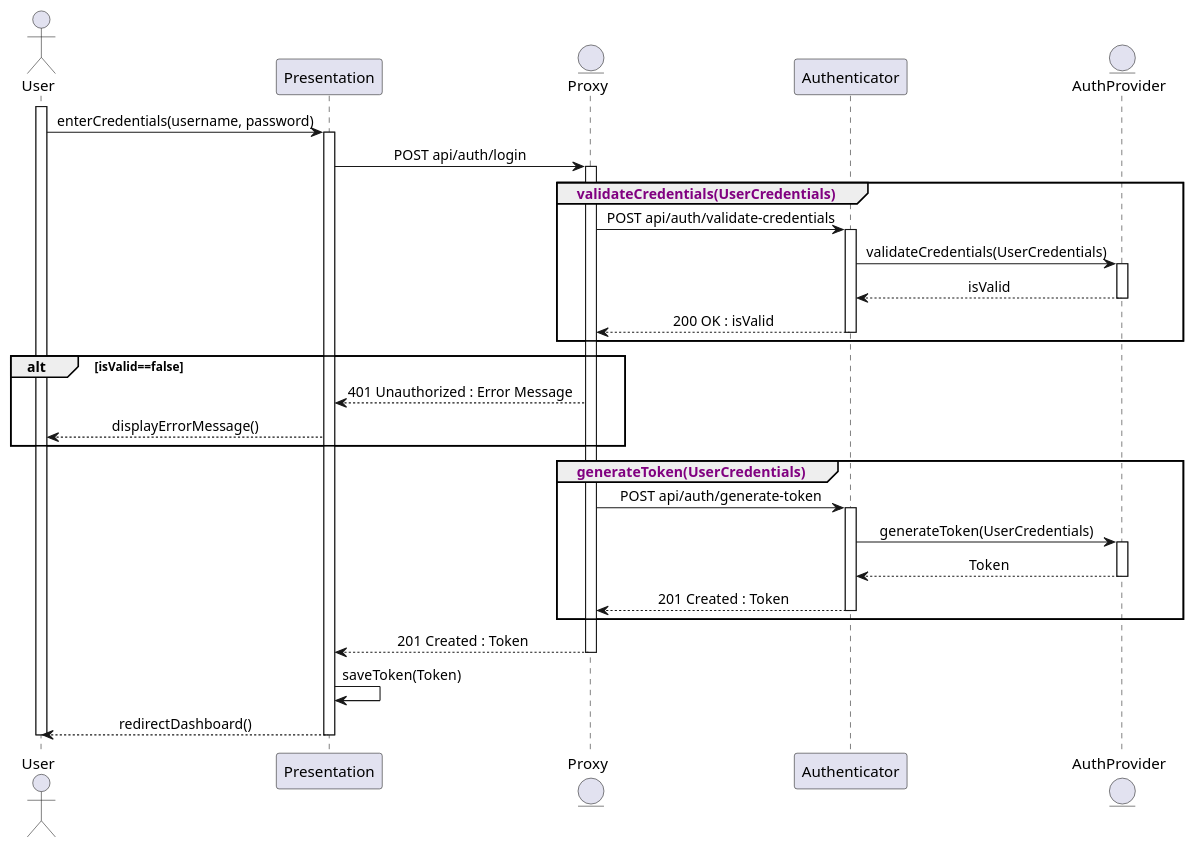
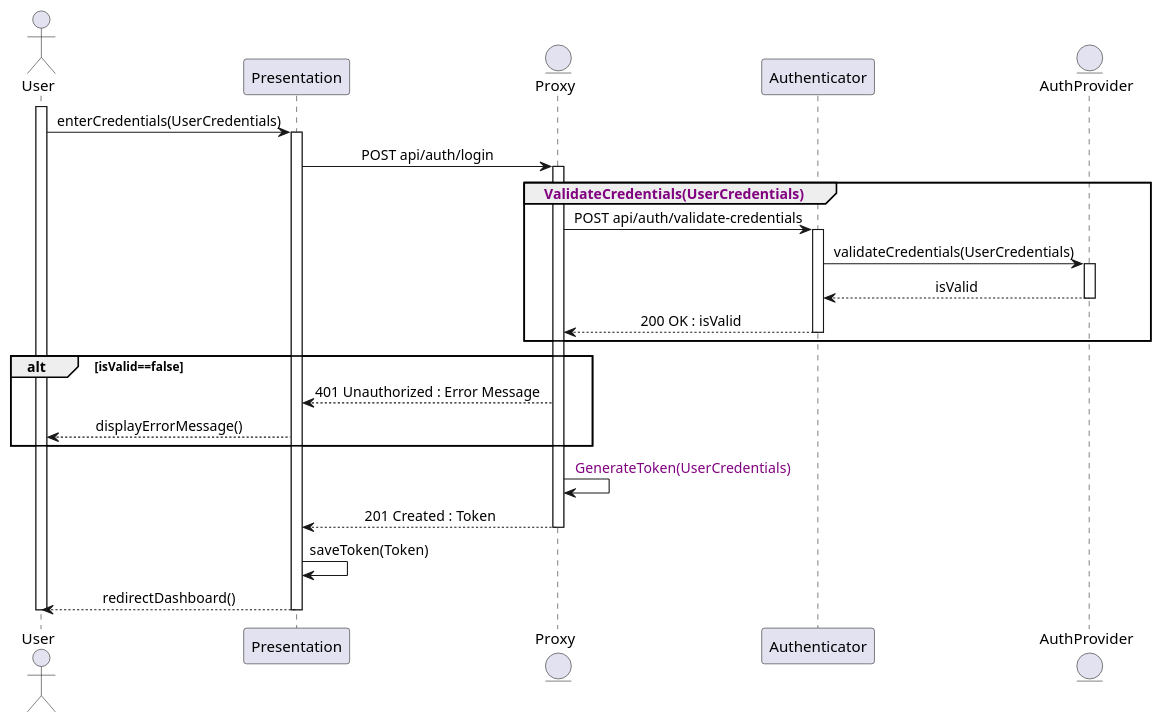
One commit to Slaitroc/RicciPaoliGrisoni changed the diagram in Diagrams/SequenceDiagrams/DD/2UserLogIn.wsd. Above: the diagram before and after it, drawn with PlantUML.

Commit message:
Update User Log In Sequence Diagram to improve clarity in credential handling

```diff
--- a/Diagrams/SequenceDiagrams/DD/2UserLogIn.wsd
+++ b/Diagrams/SequenceDiagrams/DD/2UserLogIn.wsd
@@ -1,44 +1,35 @@
 @startuml UserLogIn
 skinparam sequenceMessageAlign center
 actor       User
 participant  Presentation
 entity      Proxy
 participant Authenticator
 entity AuthProvider
 
 activate User
-User -> Presentation : enterCredentials(username, password)
+User -> Presentation : enterCredentials(UserCredentials)
 activate Presentation
 Presentation -> Proxy : POST api/auth/login
 activate Proxy
-group <color:purple> validateCredentials(UserCredentials)
+group <color:purple> ValidateCredentials(UserCredentials)
 Proxy -> Authenticator : POST api/auth/validate-credentials
 activate Authenticator
 Authenticator -> AuthProvider : validateCredentials(UserCredentials)
 activate AuthProvider
 AuthProvider --> Authenticator : isValid
 deactivate AuthProvider
 Authenticator --> Proxy : 200 OK : isValid
 deactivate Authenticator
 end
 alt isValid==false
 Proxy --> Presentation : 401 Unauthorized : Error Message
 Presentation --> User : displayErrorMessage()
 end
-group <color:purple> generateToken(UserCredentials)
-Proxy -> Authenticator : POST api/auth/generate-token
-activate Authenticator
-Authenticator -> AuthProvider : generateToken(UserCredentials)
-activate AuthProvider
-AuthProvider --> Authenticator : Token
-deactivate AuthProvider
-Authenticator --> Proxy : 201 Created : Token
-deactivate Authenticator
-end
+Proxy -> Proxy : <color:purple> GenerateToken(UserCredentials)
 Proxy --> Presentation : 201 Created : Token
 deactivate Proxy
 Presentation -> Presentation : saveToken(Token)
 Presentation --> User : redirectDashboard()
 deactivate Presentation
 deactivate User
 @enduml
```
